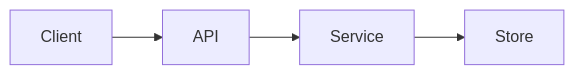
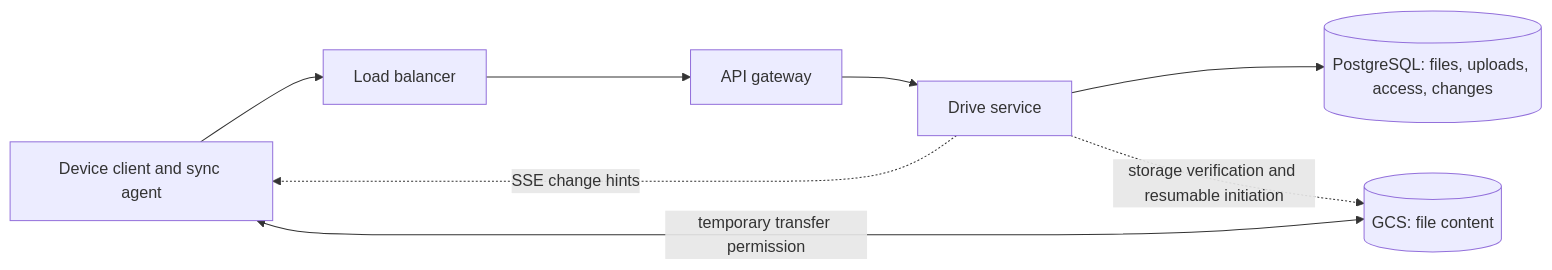
The diagram in questions/google-drive/README.md (CharlotteYW/system-design-interview), drawn with Mermaid before and after one commit. The commit also changed other lines of this file and 33 other files, not shown here.

````diff
--- a/questions/google-drive/README.md
+++ b/questions/google-drive/README.md
@@ -50,8 +648,8 @@
 ```mermaid
 flowchart LR
-  client[Client]
-  api[API]
-  svc[Service]
-  db[Store]
-  client --> api --> svc --> db
+  C[Device client and sync agent] --> L[Load balancer] --> G[API gateway] --> D[Drive service]
+  D --> P[(PostgreSQL: files, uploads, access, changes)]
+  D -. storage verification and resumable initiation .-> B[(GCS: file content)]
+  C <-->|temporary transfer permission| B
+  D -. SSE change hints .-> C
 ```
````
